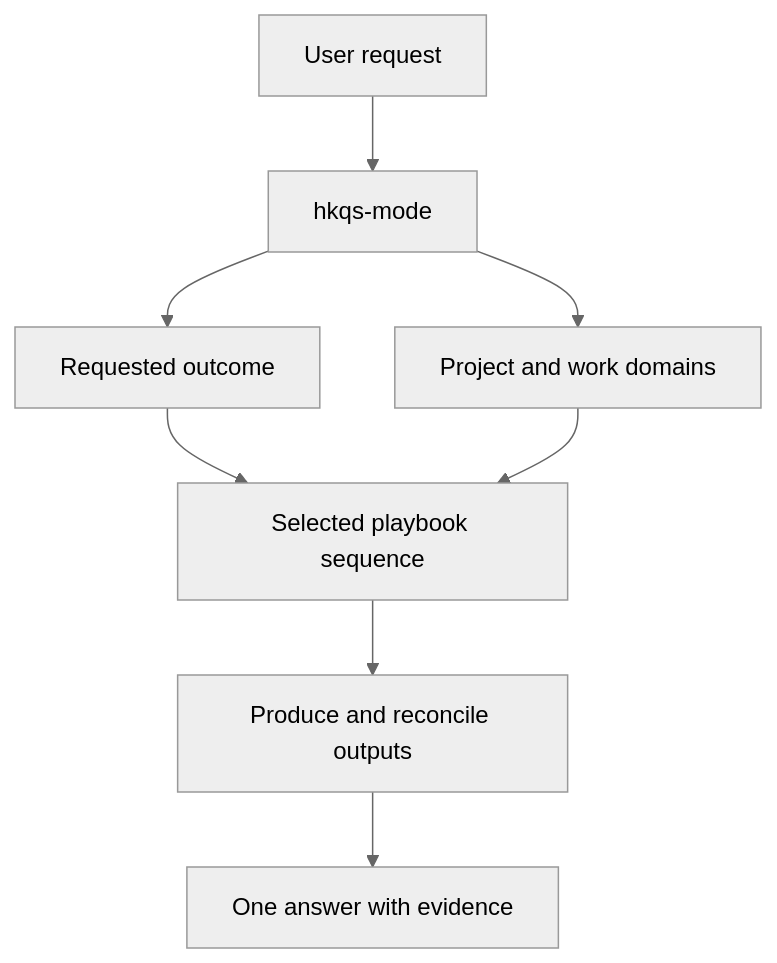
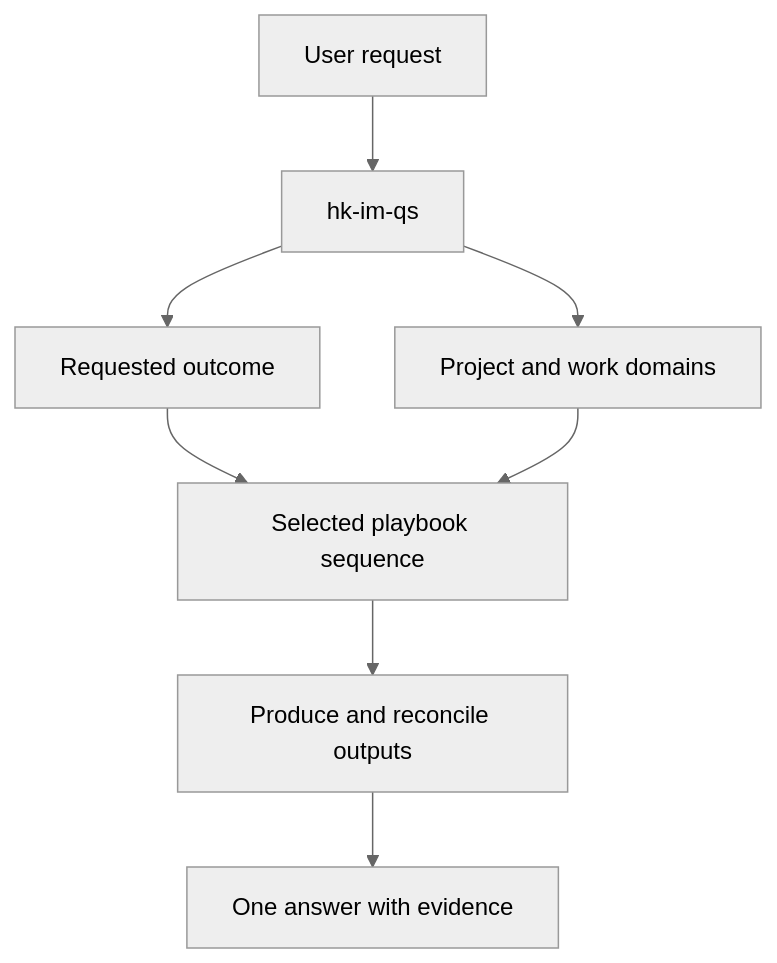
One commit to Kylefan725/hk-im-qs changed the diagram in README.md. Above: the diagram before and after it, drawn with Mermaid (neutral theme). The commit also changed other lines of this file and 27 other files, not shown here.

````diff
--- a/README.md
+++ b/README.md
@@ -31,10 +31,10 @@
 ```mermaid
 flowchart TD
-    A[User request] --> B[hkqs-mode]
+    A[User request] --> B[hk-im-qs]
     B --> C[Requested outcome]
     B --> D[Project and work domains]
     C --> E[Selected playbook sequence]
     D --> E
     E --> F[Produce and reconcile outputs]
     F --> G[One answer with evidence]
 ```
````
